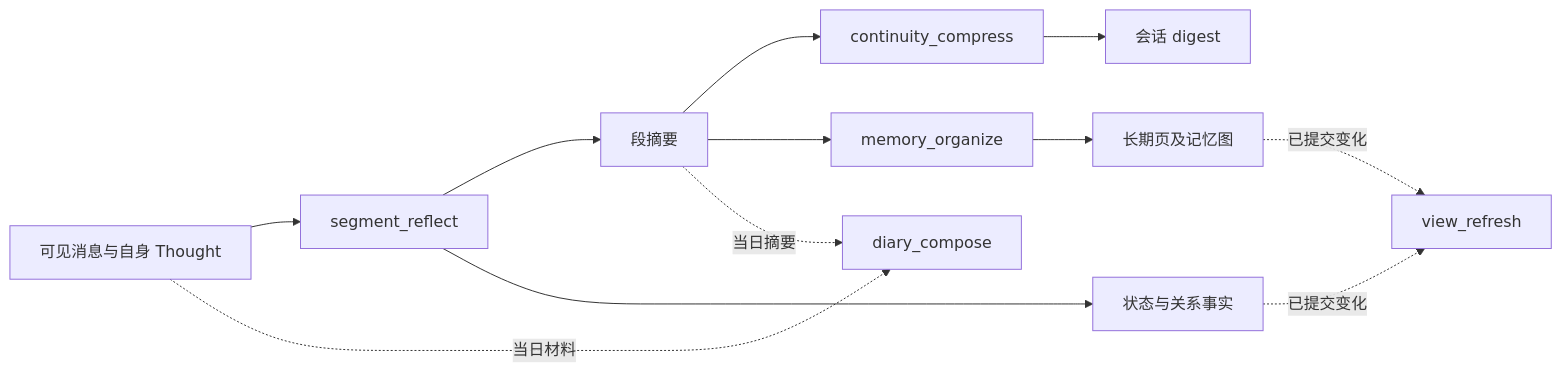
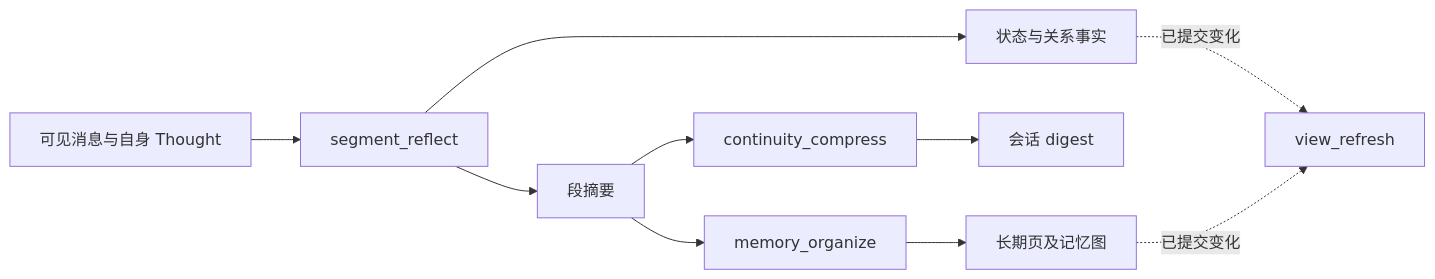
One commit to Weilan0811/echo-commons changed the diagram in server/docs/design/reflection/README.md. Above: the diagram before and after it, drawn with Mermaid. The commit also changed other lines of this file and 15 other files, not shown here.

````diff
--- a/server/docs/design/reflection/README.md
+++ b/server/docs/design/reflection/README.md
@@ -13,14 +12,12 @@
 ```mermaid
 flowchart LR
   M[可见消息与自身 Thought] --> S[segment_reflect]
   S --> SS[段摘要]
   S --> F[状态与关系事实]
   SS --> C[continuity_compress]
   SS --> O[memory_organize]
   C --> D[会话 digest]
   O --> L[长期页及记忆图]
-  M -. 当日材料 .-> Diary[diary_compose]
-  SS -. 当日摘要 .-> Diary
   F -. 已提交变化 .-> V[view_refresh]
   L -. 已提交变化 .-> V
 ```
````
